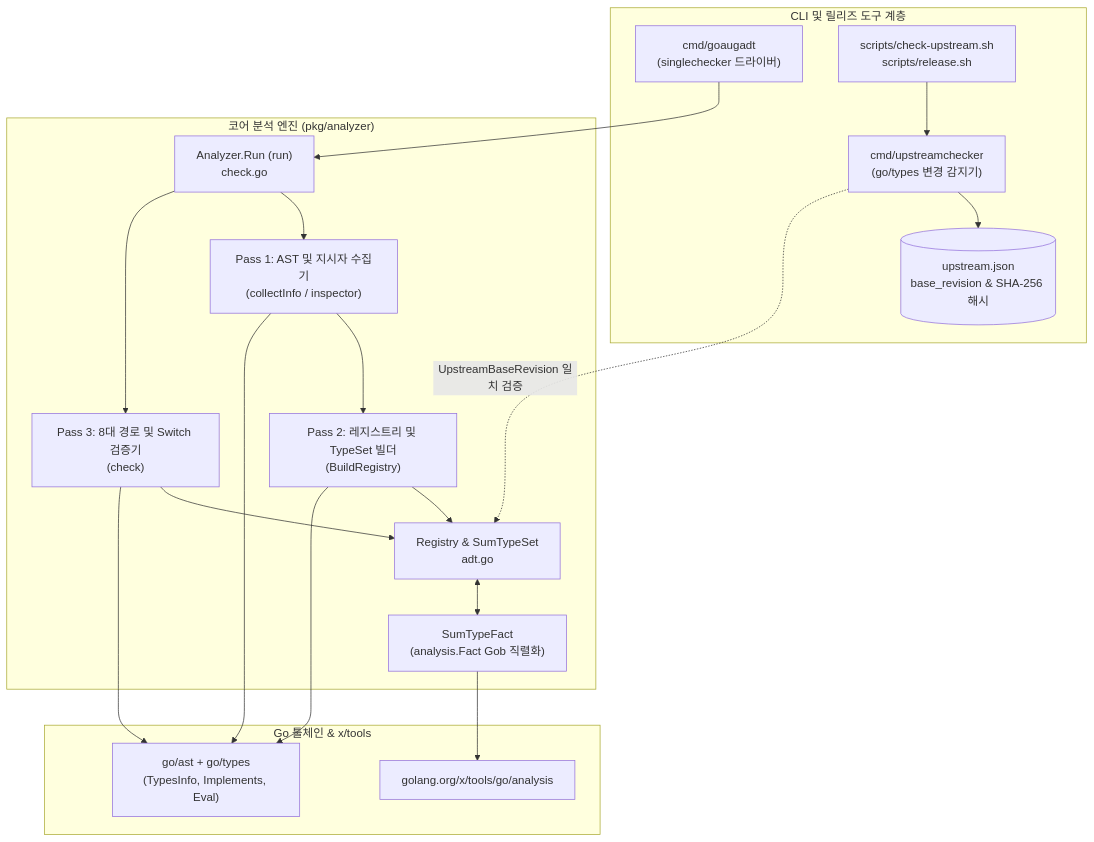
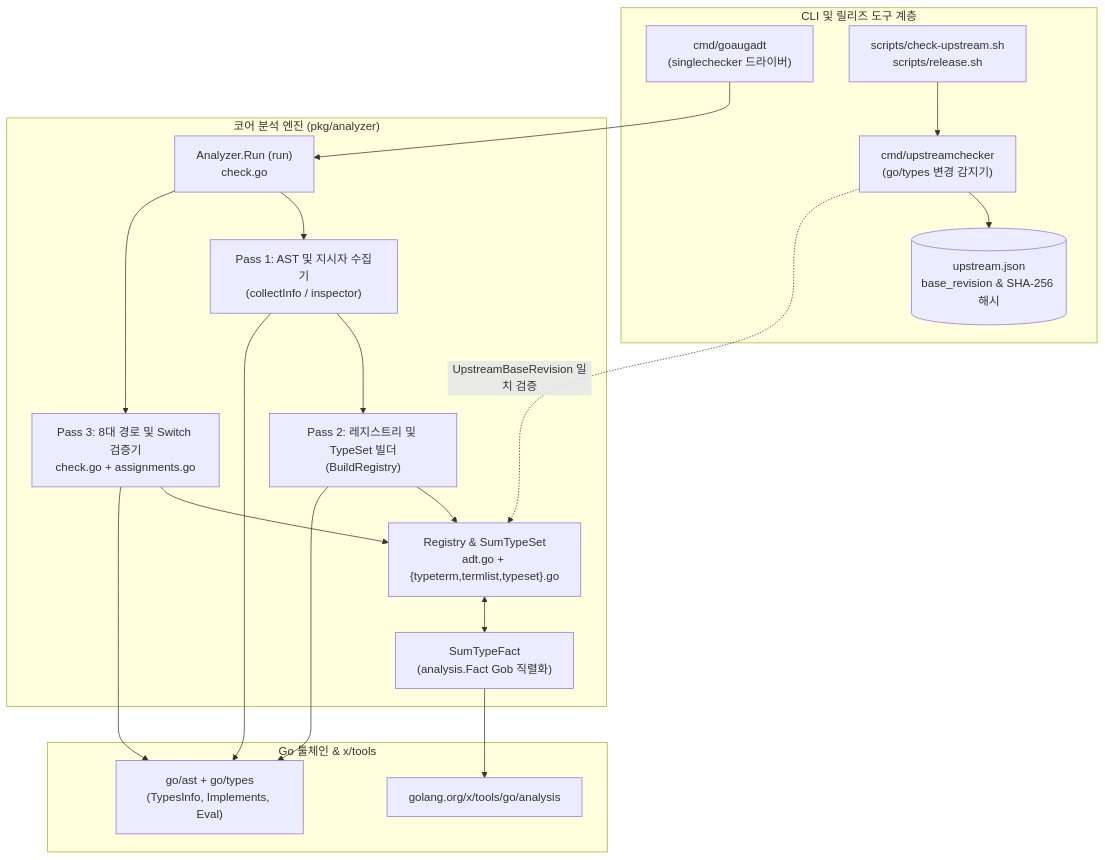
One commit to routis819/goaugtype changed the first of 7 diagrams in docs/ARCHITECTURE.ko.md. Above: the diagram before and after it, drawn with Mermaid. The commit also changed other lines of this file and 5 other files, not shown here.

````diff
--- a/docs/ARCHITECTURE.ko.md
+++ b/docs/ARCHITECTURE.ko.md
@@ -20,40 +20,40 @@
 ```mermaid
 flowchart TB
     subgraph Tooling["CLI 및 릴리즈 도구 계층"]
         CLI["cmd/goaugadt<br/>(singlechecker 드라이버)"]
         UCheck["cmd/upstreamchecker<br/>(go/types 변경 감지기)"]
         Scripts["scripts/check-upstream.sh<br/>scripts/release.sh"]
         UJSON[("upstream.json<br/>base_revision & SHA-256 해시")]
     end
 
     subgraph Engine["코어 분석 엔진 (pkg/analyzer)"]
         Entry["Analyzer.Run (run)<br/>check.go"]
         Collector["Pass 1: AST 및 지시자 수집기<br/>(collectInfo / inspector)"]
         Builder["Pass 2: 레지스트리 및 TypeSet 빌더<br/>(BuildRegistry)"]
-        Registry["Registry & SumTypeSet<br/>adt.go"]
-        Checker["Pass 3: 8대 경로 및 Switch 검증기<br/>(check)"]
+        Registry["Registry & SumTypeSet<br/>adt.go + {typeterm,termlist,typeset}.go"]
+        Checker["Pass 3: 8대 경로 및 Switch 검증기<br/>check.go + assignments.go"]
         Facts["SumTypeFact<br/>(analysis.Fact Gob 직렬화)"]
     end
 
     subgraph GoStd["Go 툴체인 & x/tools"]
         GoAnalysis["golang.org/x/tools/go/analysis"]
         GoTypes["go/ast + go/types<br/>(TypesInfo, Implements, Eval)"]
     end
 
     CLI --> Entry
     Scripts --> UCheck
     UCheck --> UJSON
     UCheck -. "UpstreamBaseRevision 일치 검증" .-> Registry
 
     Entry --> Collector
     Collector --> Builder
     Builder --> Registry
     Registry <--> Facts
     Entry --> Checker
     Checker --> Registry
 
     Collector --> GoTypes
     Builder --> GoTypes
     Checker --> GoTypes
     Facts --> GoAnalysis
 ```
````
